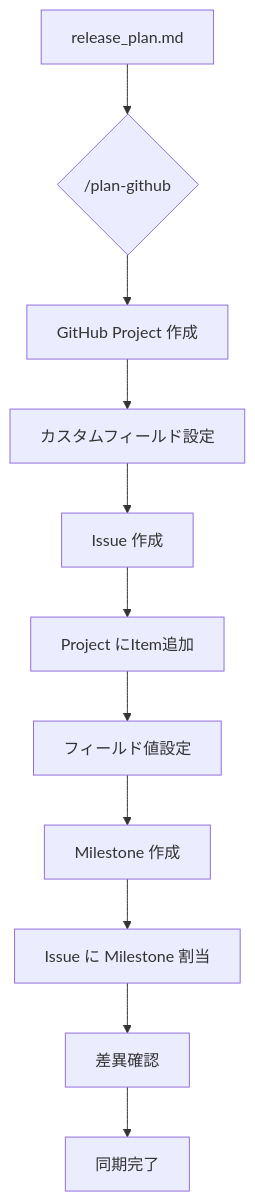
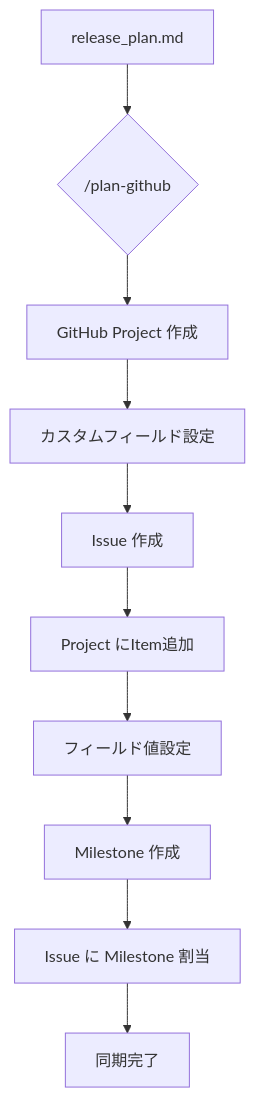
One commit to k2works/case-study-accounting changed the first of 2 diagrams in .claude/commands/plan-github.md. Above: the diagram before and after it, drawn with Mermaid. The commit also changed other lines of this file and 3 other files, not shown here.

````diff
--- a/.claude/commands/plan-github.md
+++ b/.claude/commands/plan-github.md
@@ -194,13 +290,12 @@
 ```mermaid
 graph TD
     A[release_plan.md] --> B{/plan-github}
     B --> C[GitHub Project 作成]
     C --> D[カスタムフィールド設定]
     D --> E[Issue 作成]
     E --> F[Project にItem追加]
     F --> G[フィールド値設定]
     G --> H[Milestone 作成]
     H --> I[Issue に Milestone 割当]
-    I --> J[差異確認]
-    J --> K[同期完了]
+    I --> J[同期完了]
 ```
````
